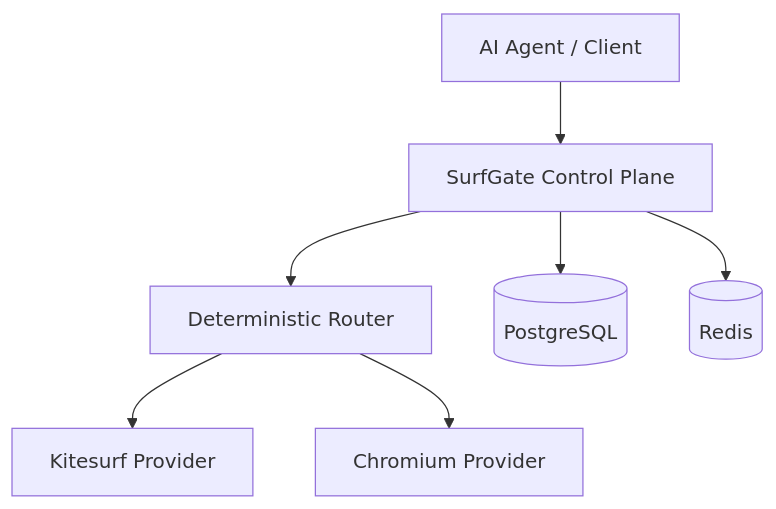
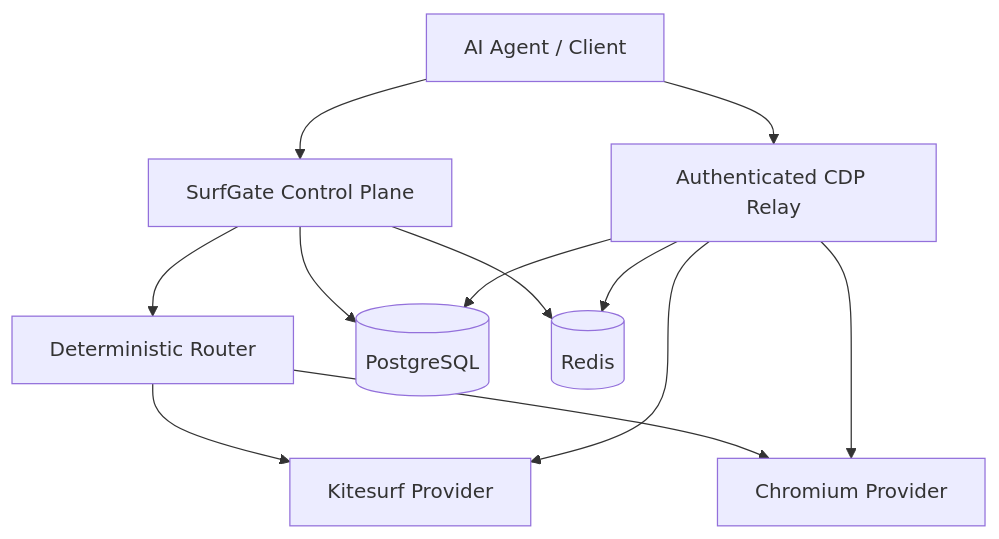
The diagram in README.md (Debangsha1992/surfgate), drawn with Mermaid before and after one commit. The commit also changed other lines of this file and 55 other files, not shown here.

Commit message:
feat(relay): add authenticated CDP relay

````diff
--- a/README.md
+++ b/README.md
@@ -13,17 +13,23 @@
 ```mermaid
 flowchart TD
     Client[AI Agent / Client]
     API[SurfGate Control Plane]
     Router[Deterministic Router]
     K[Kitesurf Provider]
     C[Chromium Provider]
     DB[(PostgreSQL)]
     Redis[(Redis)]
+    Relay[Authenticated CDP Relay]
 
     Client --> API
     API --> Router
     Router --> K
     Router --> C
     API --> DB
     API --> Redis
+    Client --> Relay
+    Relay --> K
+    Relay --> C
+    Relay --> DB
+    Relay --> Redis
 ```
````
